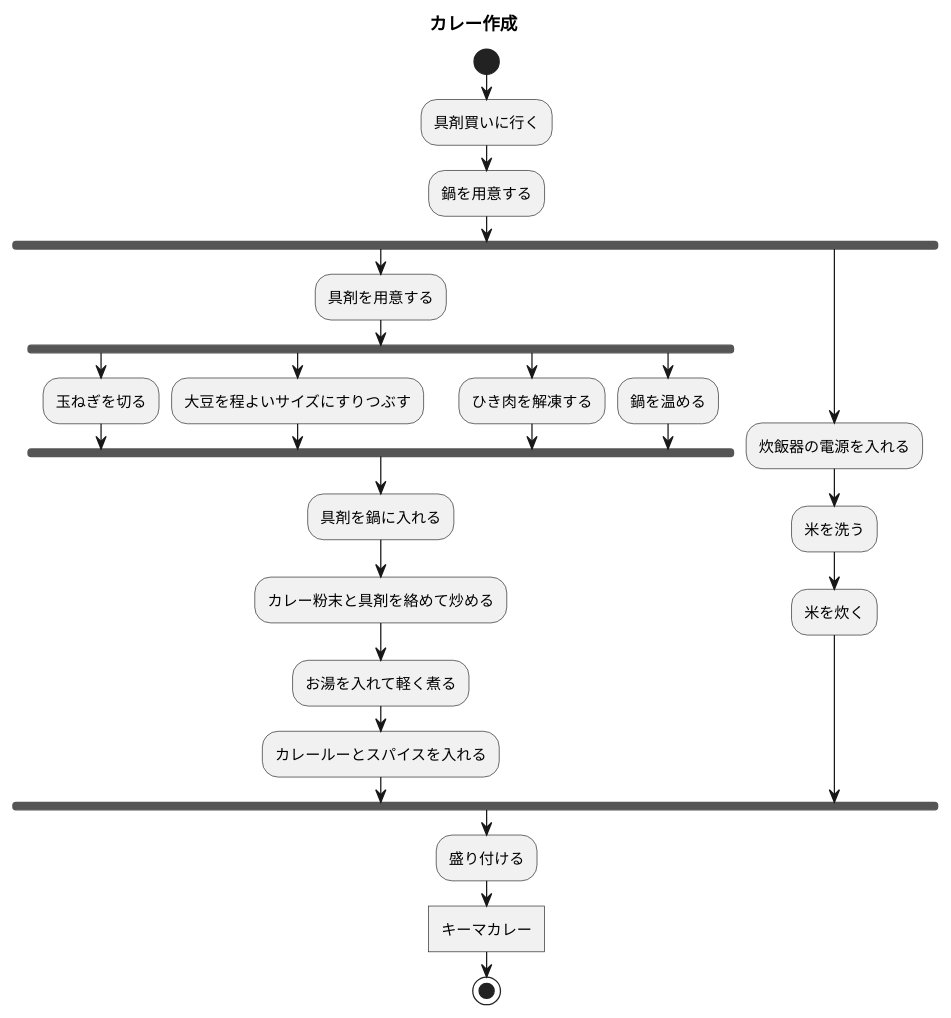
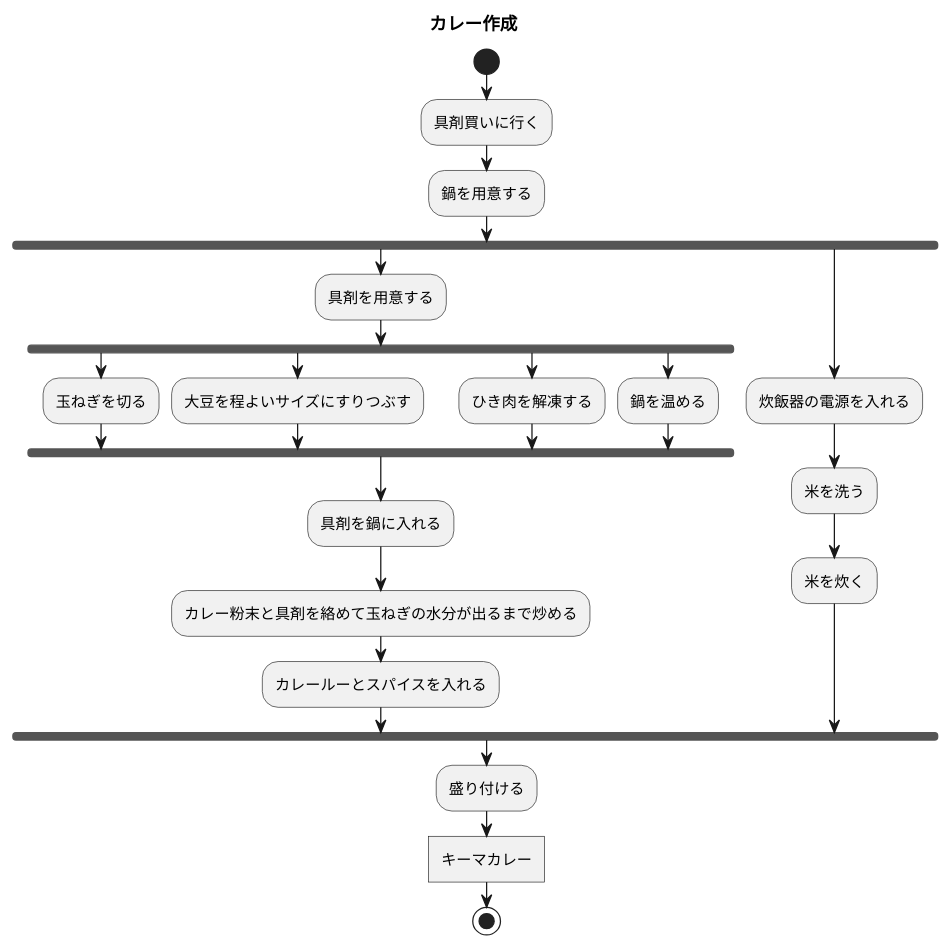
The diagram in 7章練習_ACカレーライス.pu (itouayumu/uml-introduction-), drawn with PlantUML before and after one commit.

Commit message:
カレー

```diff
--- a/7章練習_ACカレーライス.pu
+++ b/7章練習_ACカレーライス.pu
@@ -1,30 +1,29 @@
 @startuml 並列処理
 title カレー作成
 start
 :具剤買いに行く;
 :鍋を用意する;
 fork
 :具剤を用意する;
 fork
 :玉ねぎを切る;
 fork again
 :大豆を程よいサイズにすりつぶす;
 fork again
 :ひき肉を解凍する;
 fork again
 :鍋を温める;
 end fork
 :具剤を鍋に入れる;
-:カレー粉末と具剤を絡めて炒める;
-:お湯を入れて軽く煮る;
+:カレー粉末と具剤を絡めて玉ねぎの水分が出るまで炒める;
 :カレールーとスパイスを入れる;
 fork again
 :炊飯器の電源を入れる;
 :米を洗う;
 :米を炊く;
 
 end fork
 :盛り付ける;
 :キーマカレー]
 stop
 @enduml
```
